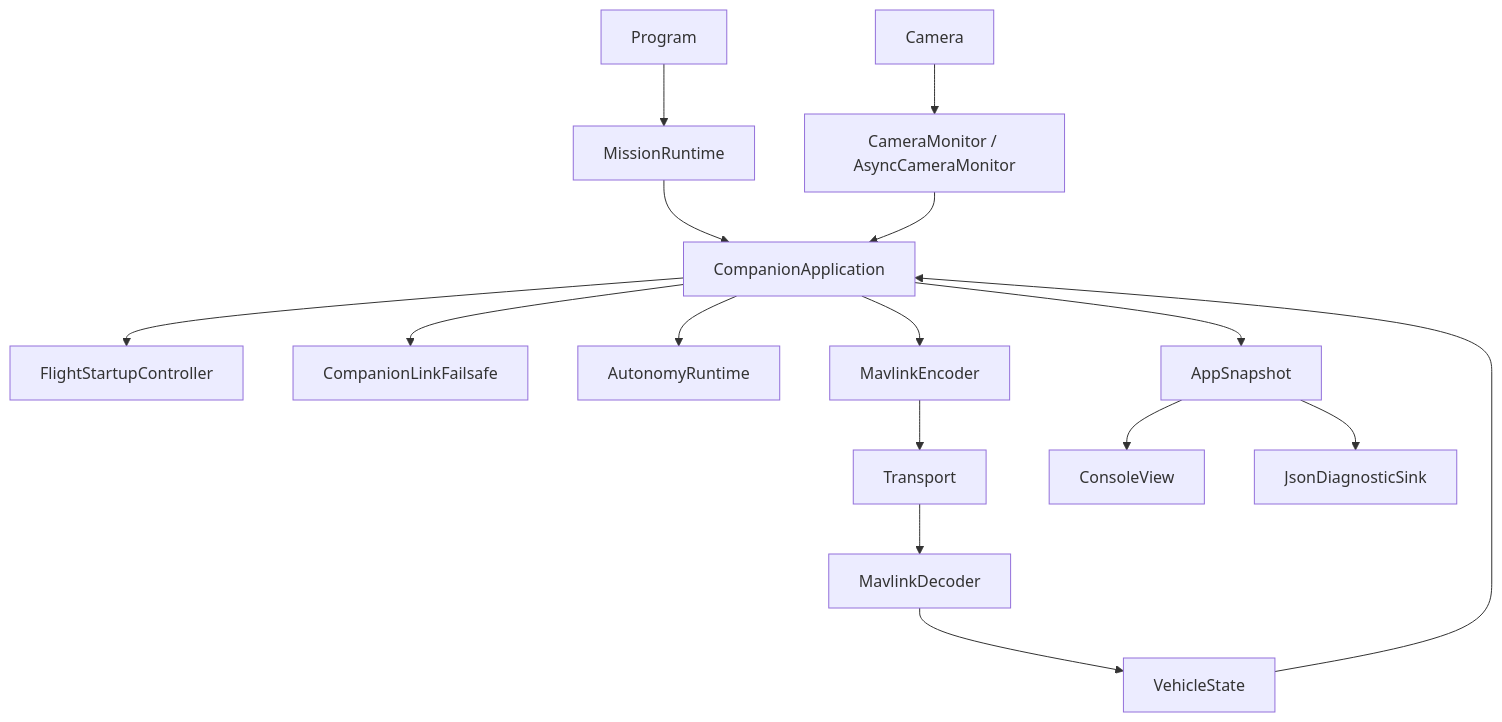
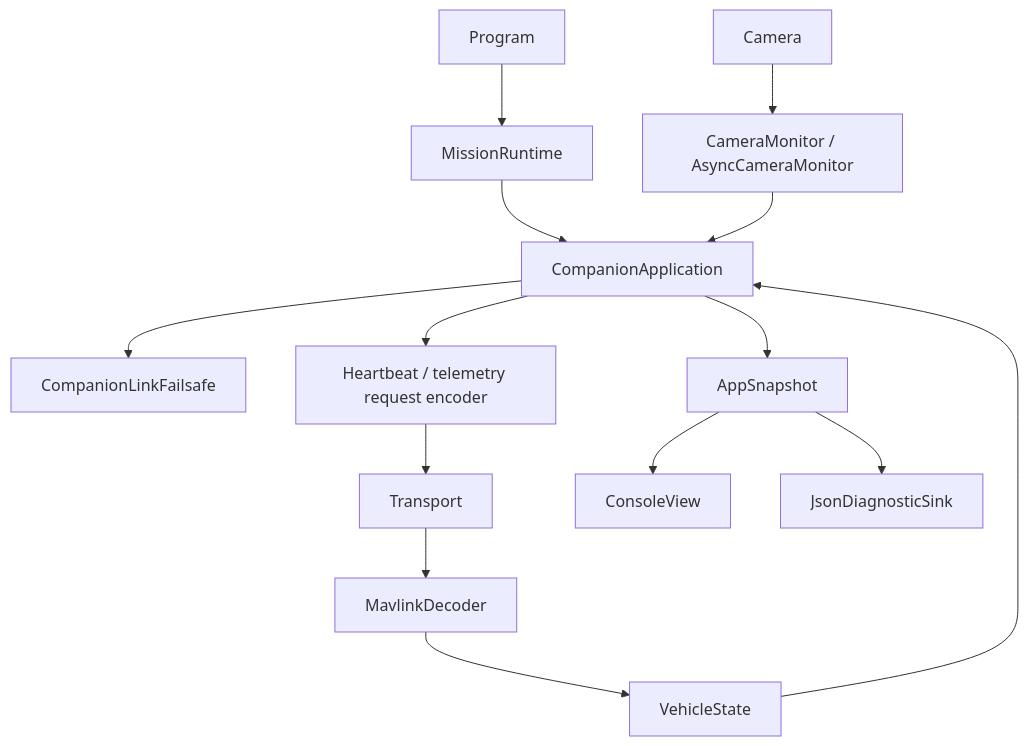
One commit to matemink/OnboardAutonomy changed the diagram in docs/architecture.md. Above: the diagram before and after it, drawn with Mermaid. The commit also changed other lines of this file and 87 other files, not shown here.

````diff
--- a/docs/architecture.md
+++ b/docs/architecture.md
@@ -32,18 +31,16 @@
 ```mermaid
 flowchart TD
     Program --> MissionRuntime
     MissionRuntime --> Application[CompanionApplication]
     Transport --> Decoder[MavlinkDecoder]
     Decoder --> Vehicle[VehicleState]
     Camera --> Monitor[CameraMonitor / AsyncCameraMonitor]
     Monitor --> Application
     Vehicle --> Application
-    Application --> Startup[FlightStartupController]
     Application --> Failsafe[CompanionLinkFailsafe]
-    Application --> Runtime[AutonomyRuntime]
-    Application --> Encoder[MavlinkEncoder]
+    Application --> Encoder[Heartbeat / telemetry request encoder]
     Encoder --> Transport
     Application --> Snapshot[AppSnapshot]
     Snapshot --> Console[ConsoleView]
     Snapshot --> JSON[JsonDiagnosticSink]
 ```
````
